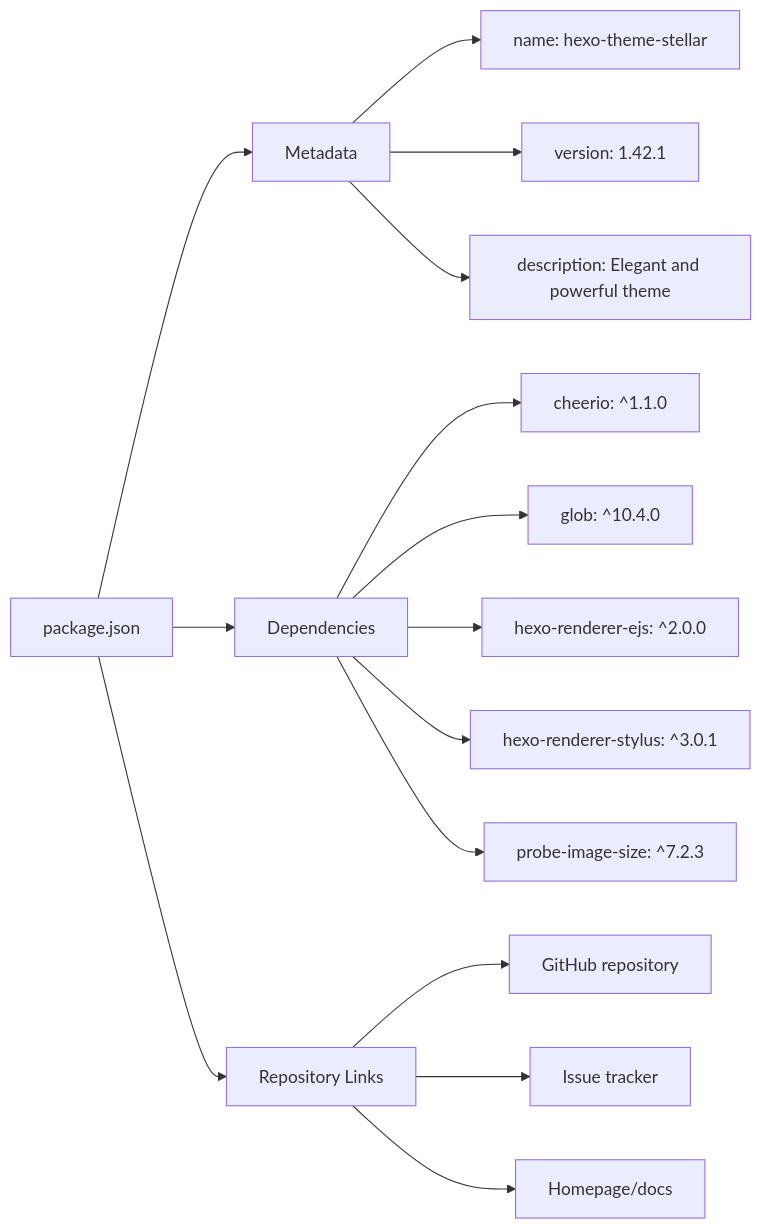
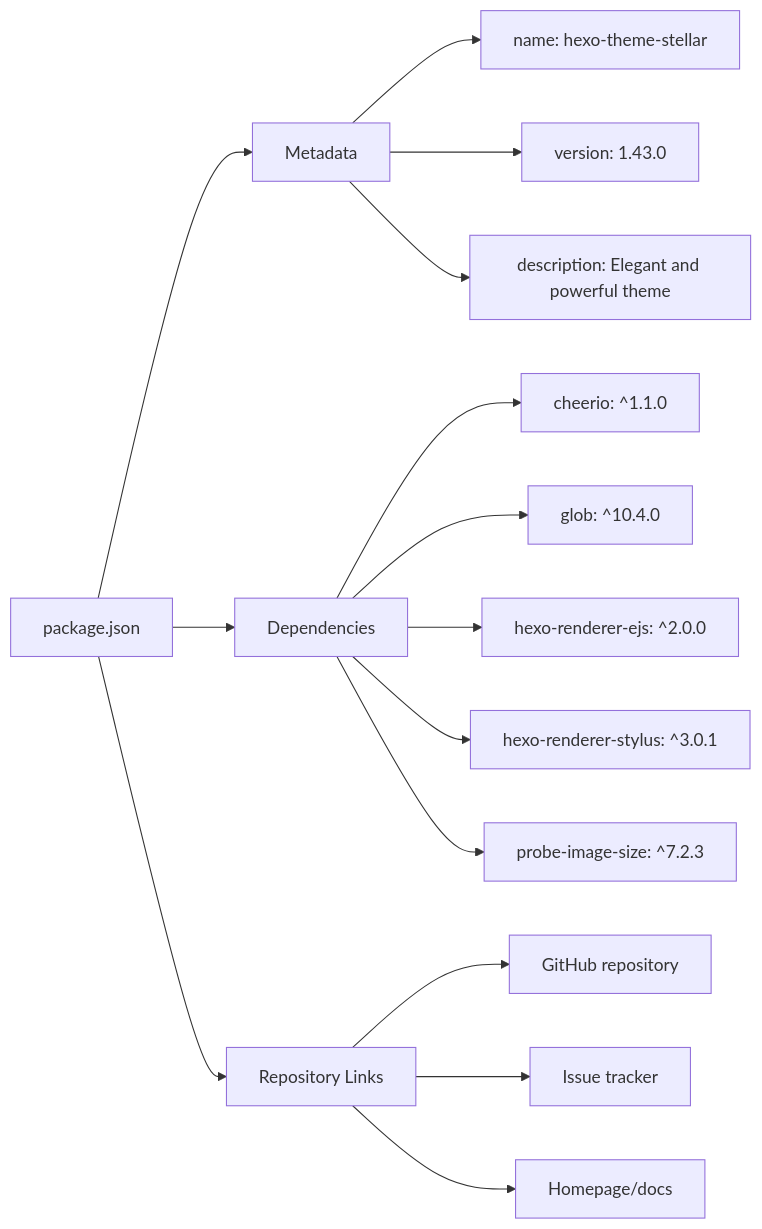
The second of 5 diagrams in themes/stellar/docs/knowledge/00-总览与安装配置/installation.md (penndu/hexo), drawn with Mermaid before and after one commit. The commit also changed other lines of this file and 104 other files, not shown here.

````diff
--- a/themes/stellar/docs/knowledge/00-总览与安装配置/installation.md
+++ b/themes/stellar/docs/knowledge/00-总览与安装配置/installation.md
@@ -124,25 +124,25 @@
 ```mermaid
 graph LR
     PKG["package.json"]
     META["Metadata"]
     DEPS["Dependencies"]
     REPO["Repository Links"]
     
     PKG --> META
     PKG --> DEPS
     PKG --> REPO
     
     META --> NAME["name: hexo-theme-stellar"]
-    META --> VER["version: 1.42.1"]
+    META --> VER["version: 1.43.0"]
     META --> DESC["description: Elegant and powerful theme"]
     
     DEPS --> CHEERIO["cheerio: ^1.1.0"]
     DEPS --> GLOB["glob: ^10.4.0"]
     DEPS --> EJS["hexo-renderer-ejs: ^2.0.0"]
     DEPS --> STYLUS["hexo-renderer-stylus: ^3.0.1"]
     DEPS --> PROBE["probe-image-size: ^7.2.3"]
     
     REPO --> GIT["GitHub repository"]
     REPO --> ISSUES["Issue tracker"]
     REPO --> HOME["Homepage/docs"]
 ```
````
